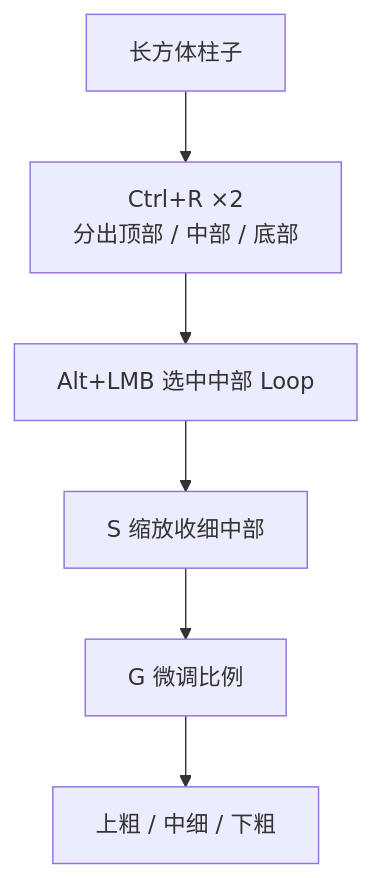
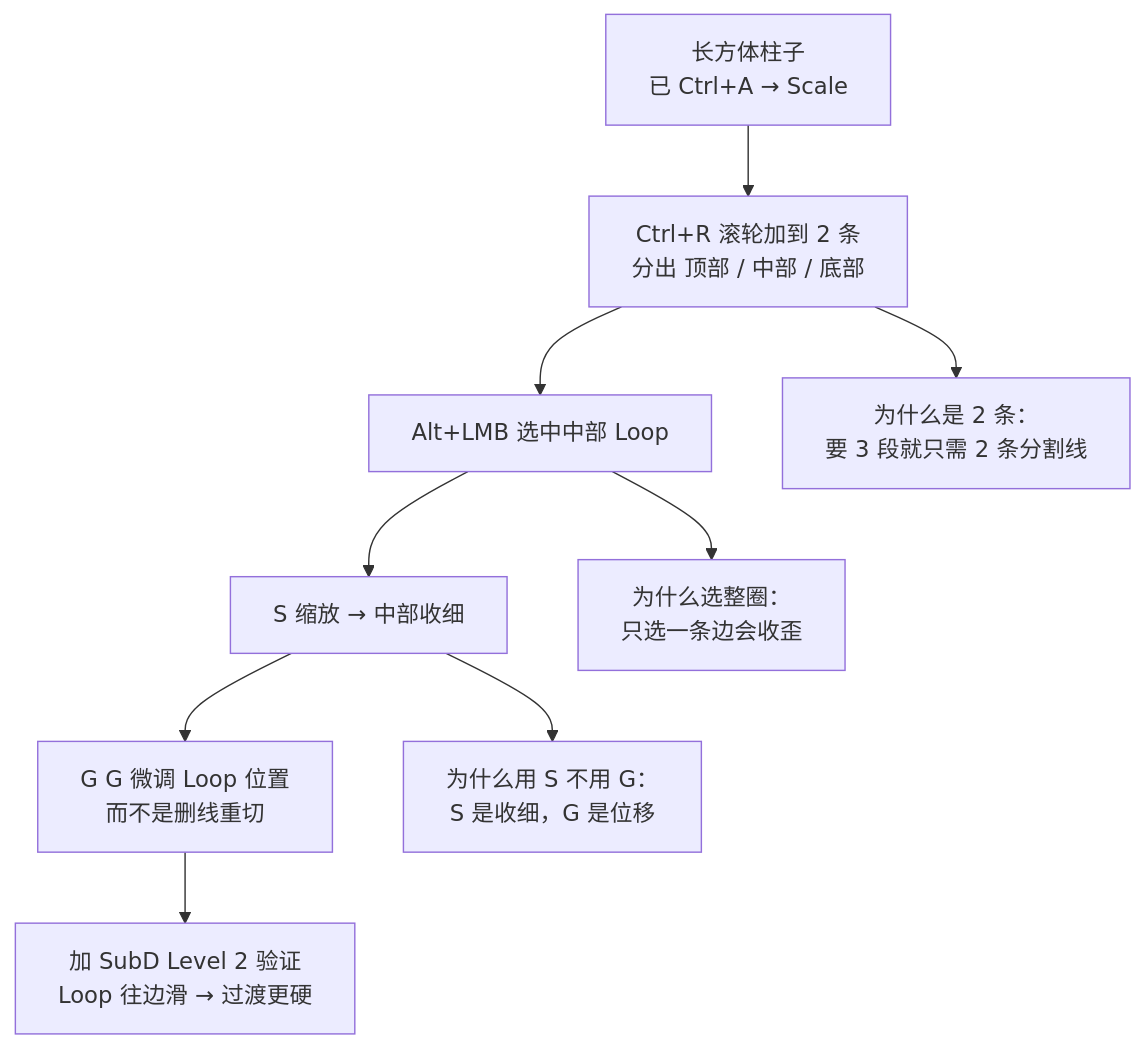
Before and after one commit to liuchamp/blenderdsv1: the fifth of 8 diagrams in Blender笔记/00-基础/08-实战练习集.md, drawn with Mermaid. The commit also changed other lines of this file and 16 other files, not shown here.

````diff
--- a/Blender笔记/00-基础/08-实战练习集.md
+++ b/Blender笔记/00-基础/08-实战练习集.md
@@ -86,8 +203,12 @@
 ```mermaid
 flowchart TD
-    S0["长方体柱子"] --> S1["Ctrl+R ×2<br/>分出顶部 / 中部 / 底部"]
+    S0["长方体柱子<br/>已 Ctrl+A → Scale"]
+    S0 --> S1["Ctrl+R 滚轮加到 2 条<br/>分出 顶部 / 中部 / 底部"]
     S1 --> S2["Alt+LMB 选中中部 Loop"]
-    S2 --> S3["S 缩放收细中部"]
-    S3 --> S4["G 微调比例"]
-    S4 --> S5["上粗 / 中细 / 下粗"]
+    S2 --> S3["S 缩放 → 中部收细"]
+    S3 --> S4["G G 微调 Loop 位置<br/>而不是删线重切"]
+    S4 --> S5["加 SubD Level 2 验证<br/>Loop 往边滑 → 过渡更硬"]
+    S1 --> W1["为什么是 2 条：<br/>要 3 段就只需 2 条分割线"]
+    S2 --> W2["为什么选整圈：<br/>只选一条边会收歪"]
+    S3 --> W3["为什么用 S 不用 G：<br/>S 是收细，G 是位移"]
 ```
````
